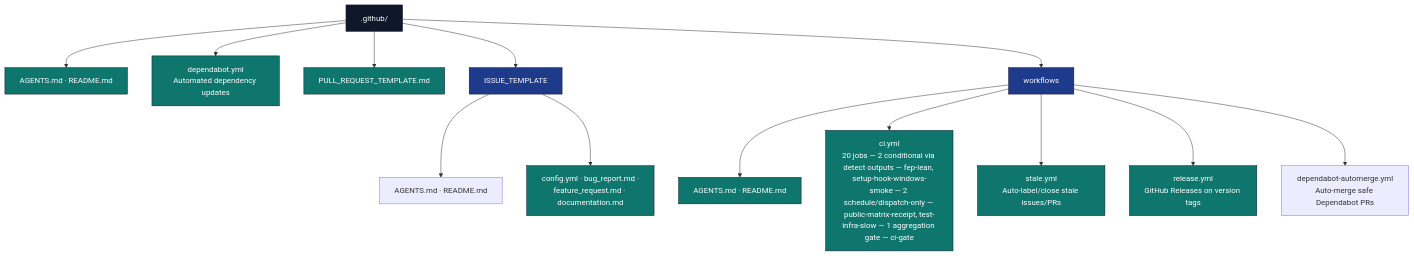
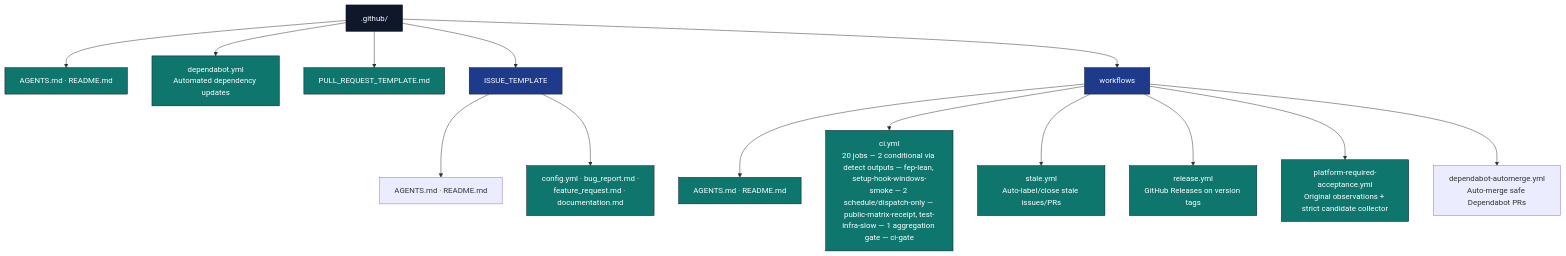
Before and after one commit to docxology/template: the diagram in .github/AGENTS.md, drawn with Mermaid. The commit also changed other lines of this file and 7 other files, not shown here.

````diff
--- a/.github/AGENTS.md
+++ b/.github/AGENTS.md
@@ -24,25 +24,26 @@
 ```mermaid
 flowchart TB
     GH[.github/]
     GH --> META[AGENTS.md · README.md]
     GH --> DEP[dependabot.yml<br/>Automated dependency updates]
     GH --> PRT[PULL_REQUEST_TEMPLATE.md]
     GH --> ITPL[ISSUE_TEMPLATE]
     GH --> WF[workflows]
 
     ITPL --> ITPL_DOCS[AGENTS.md · README.md]
     ITPL --> ITPL_F[config.yml · bug_report.md ·<br/>feature_request.md · documentation.md]
 
     WF --> WF_DOCS[AGENTS.md · README.md]
     WF --> WF_CI[ci.yml<br/>20 jobs — 2 conditional via detect outputs — fep-lean, setup-hook-windows-smoke — 2 schedule/dispatch-only — public-matrix-receipt, test-infra-slow — 1 aggregation gate — ci-gate]
     WF --> WF_STALE[stale.yml<br/>Auto-label/close stale issues/PRs]
     WF --> WF_REL[release.yml<br/>GitHub Releases on version tags]
+    WF --> WF_REQUIRED[platform-required-acceptance.yml<br/>Original observations + strict candidate collector]
     WF --> WF_DA[dependabot-automerge.yml<br/>Auto-merge safe Dependabot PRs]
 
     classDef d fill:#0f172a,stroke:#0f172a,color:#fff
     classDef pkg fill:#1e3a8a,stroke:#0f172a,color:#fff
     classDef f fill:#0f766e,stroke:#0f172a,color:#fff
     class GH d
     class ITPL,WF pkg
-    class META,DEP,PRT,ITPL_F,WF_DOCS,WF_CI,WF_STALE,WF_REL f
+    class META,DEP,PRT,ITPL_F,WF_DOCS,WF_CI,WF_STALE,WF_REL,WF_REQUIRED f
 ```
````
